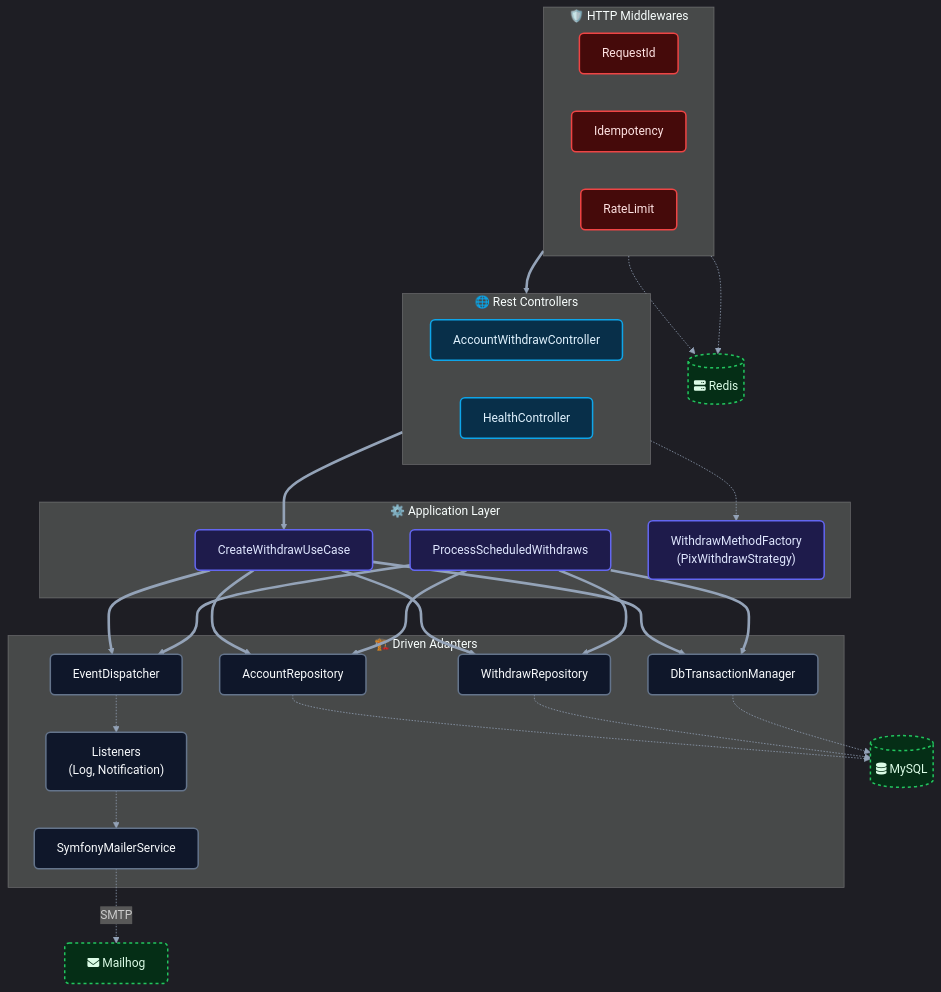
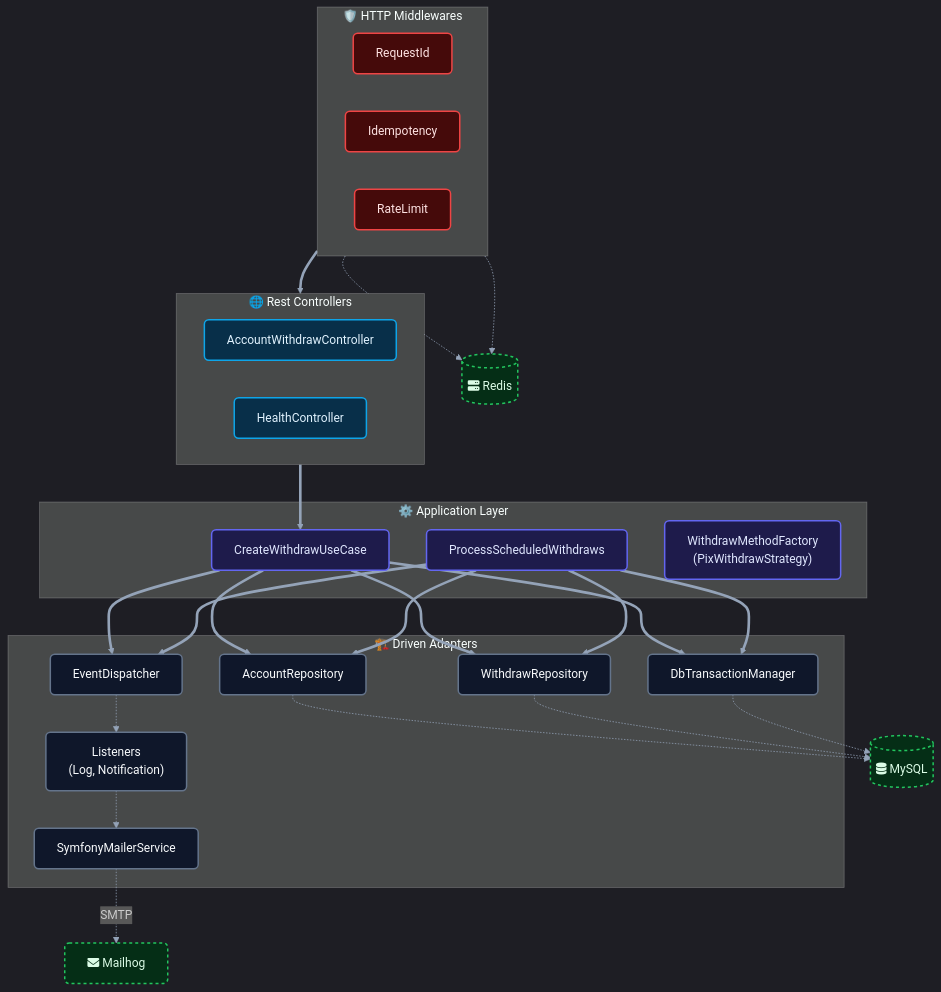
Before and after one commit to jonatamsr/jsr-pix-withdrawal: the fourth of 10 diagrams in README.md, drawn with Mermaid. The commit also changed other lines of this file, not shown here.

````diff
--- a/README.md
+++ b/README.md
@@ -517,54 +517,53 @@
 ```mermaid
 %%{init: {'theme': 'dark', 'themeVariables': { 'fontFamily': 'ui-sans-serif, system-ui', 'primaryColor': '#1e293b', 'primaryBorderColor': '#334155', 'lineColor': '#94a3b8'}}}%%
 flowchart TB
     classDef mw fill:#450a0a,stroke:#ef4444,stroke-width:2px,color:#fee2e2,rx:6px
     classDef ctrl fill:#082f49,stroke:#0ea5e9,stroke-width:2px,color:#e0f2fe,rx:6px
     classDef uc fill:#1e1b4b,stroke:#6366f1,stroke-width:2px,color:#e0e7ff,rx:6px
     classDef infra fill:#0f172a,stroke:#64748b,stroke-width:2px,color:#f8fafc,rx:6px
     classDef ext fill:#052e16,stroke:#22c55e,stroke-width:2px,color:#dcfce7,rx:6px,stroke-dasharray: 4 4
 
     subgraph Middlewares ["🛡️ HTTP Middlewares"]
         direction LR
         MW_REQ["RequestId"]:::mw
         MW_IDEM["Idempotency"]:::mw
         MW_RATE["RateLimit"]:::mw
     end
 
     subgraph Controllers ["🌐 Rest Controllers"]
         direction LR
         CTRL["AccountWithdrawController"]:::ctrl
         HEALTH["HealthController"]:::ctrl
     end
 
     subgraph Application ["⚙️ Application Layer"]
         UC_CREATE["CreateWithdrawUseCase"]:::uc
         UC_PROC["ProcessScheduledWithdraws"]:::uc
         FACT["WithdrawMethodFactory<br/>(PixWithdrawStrategy)"]:::uc
     end
 
     subgraph Infrastructure ["🏗️ Driven Adapters"]
         REPO_ACC["AccountRepository"]:::infra
         REPO_WD["WithdrawRepository"]:::infra
         TX["DbTransactionManager"]:::infra
         EVT["EventDispatcher"]:::infra
         LISTENER["Listeners<br/>(Log, Notification)"]:::infra
         MAILER["SymfonyMailerService"]:::infra
     end
 
     MYSQL[("fa:fa-database MySQL")]:::ext
     REDIS[("fa:fa-server Redis")]:::ext
     MAILHOG["fa:fa-envelope Mailhog"]:::ext
 
     Middlewares ==> Controllers
     CTRL ==> UC_CREATE
-    CTRL -.-> FACT
     UC_CREATE ==> REPO_ACC & REPO_WD & TX & EVT
     UC_PROC ==> REPO_ACC & REPO_WD & TX & EVT
 
     EVT -.-> LISTENER
     LISTENER -.-> MAILER
 
     REPO_ACC & REPO_WD & TX -.-> MYSQL
     MW_IDEM & MW_RATE -.-> REDIS
     MAILER -.->|"SMTP"| MAILHOG
 ```
````
